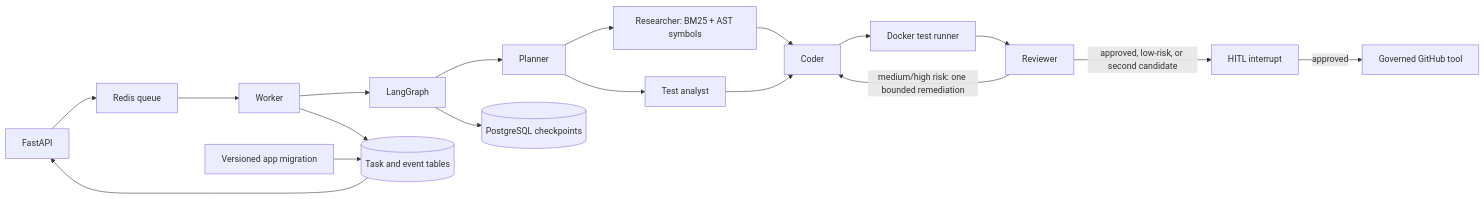
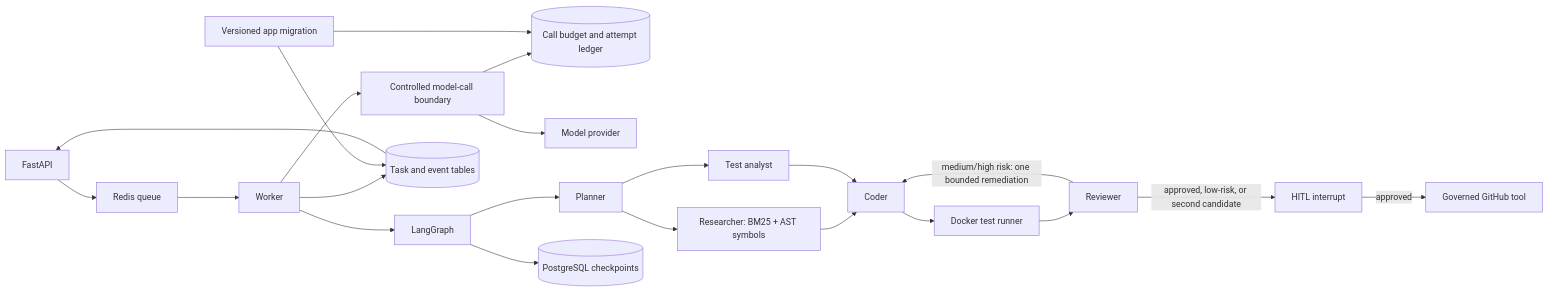
Before and after one commit to xsw932187210-cell/RepoPilot: the diagram in docs/architecture.md, drawn with Mermaid. The commit also changed other lines of this file and 7 other files, not shown here.

````diff
--- a/docs/architecture.md
+++ b/docs/architecture.md
@@ -5,20 +5,24 @@
 ```mermaid
 flowchart LR
   API[FastAPI] --> Q[Redis queue]
   Q --> W[Worker]
+  W --> MC[Controlled model-call boundary]
+  MC --> L[(Call budget and attempt ledger)]
+  MC --> MP[Model provider]
   W --> G[LangGraph]
   G --> P[Planner]
   P --> R[Researcher: BM25 + AST symbols]
   P --> T[Test analyst]
   R --> C[Coder]
   T --> C
   C --> S[Docker test runner]
   S --> V[Reviewer]
   V -->|medium/high risk: one bounded remediation| C
   V -->|approved, low-risk, or second candidate| H[HITL interrupt]
   H -->|approved| GH[Governed GitHub tool]
   G --> CP[(PostgreSQL checkpoints)]
   W --> E[(Task and event tables)]
   M[Versioned app migration] --> E
+  M --> L
   E --> API
 ```
````
